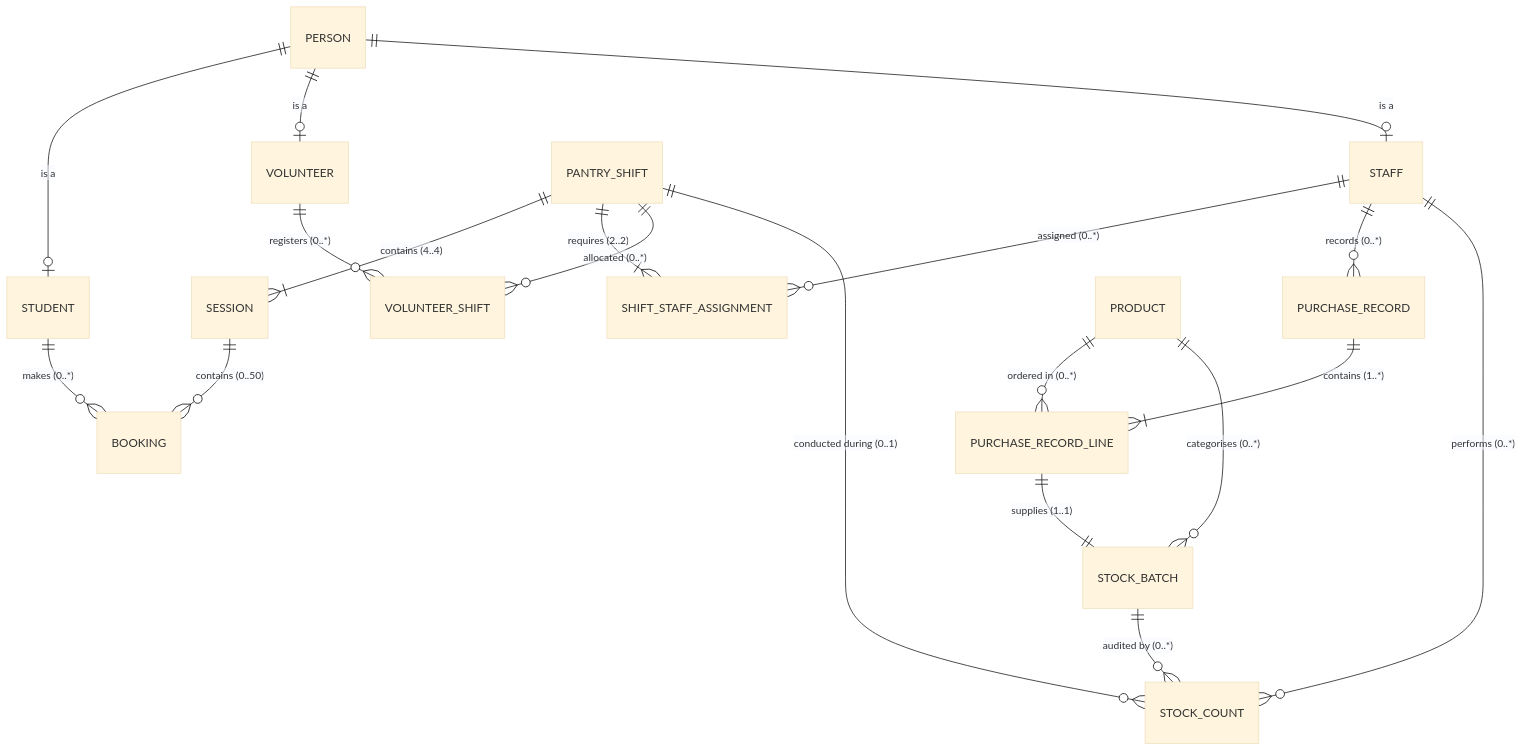
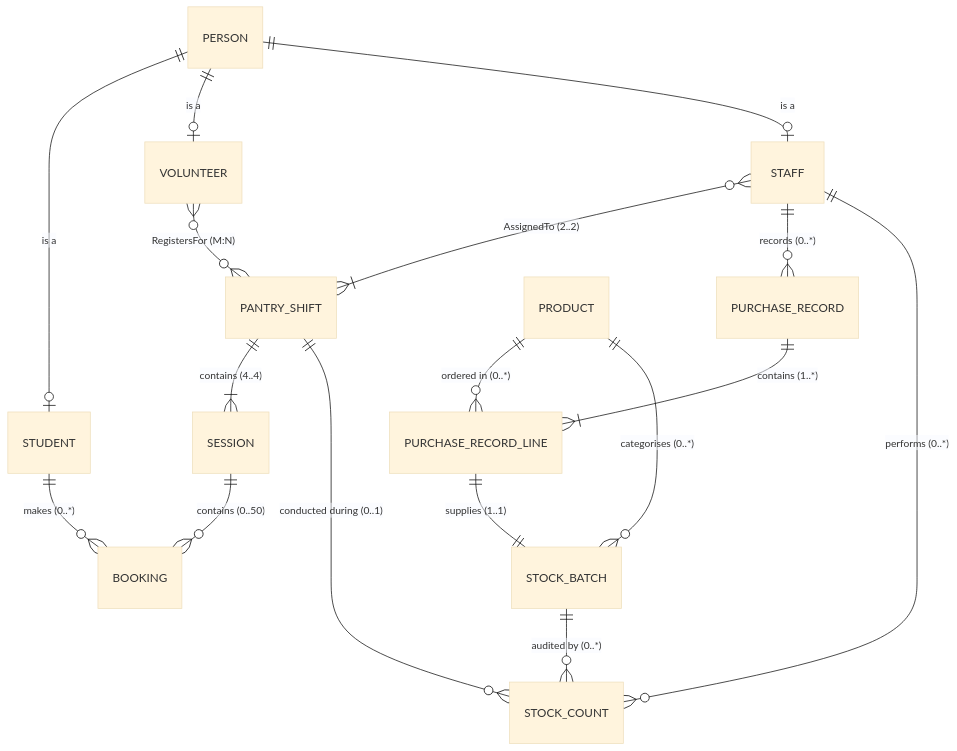
The diagram in campus_pantry_report.md (illusion2600/Project), drawn with Mermaid (base theme) before and after one commit. The commit also changed other lines of this file and 18 other files, not shown here.

````diff
--- a/campus_pantry_report.md
+++ b/campus_pantry_report.md
@@ -65,27 +65,24 @@
 ```mermaid
 erDiagram
     PERSON ||--o| STUDENT : "is a"
     PERSON ||--o| VOLUNTEER : "is a"
     PERSON ||--o| STAFF : "is a"
     
     STUDENT ||--o{ BOOKING : "makes (0..*)"
     SESSION ||--o{ BOOKING : "contains (0..50)"
     PANTRY_SHIFT ||--|{ SESSION : "contains (4..4)"
     
-    STAFF ||--o{ SHIFT_STAFF_ASSIGNMENT : "assigned (0..*)"
-    PANTRY_SHIFT ||--|{ SHIFT_STAFF_ASSIGNMENT : "requires (2..2)"
-    
-    VOLUNTEER ||--o{ VOLUNTEER_SHIFT : "registers (0..*)"
-    PANTRY_SHIFT ||--o{ VOLUNTEER_SHIFT : "allocated (0..*)"
+    STAFF }o--|{ PANTRY_SHIFT : "AssignedTo (2..2)"
+    VOLUNTEER }o--o{ PANTRY_SHIFT : "RegistersFor (M:N)"
     
     STAFF ||--o{ PURCHASE_RECORD : "records (0..*)"
     PURCHASE_RECORD ||--|{ PURCHASE_RECORD_LINE : "contains (1..*)"
     PRODUCT ||--o{ PURCHASE_RECORD_LINE : "ordered in (0..*)"
     
     PRODUCT ||--o{ STOCK_BATCH : "categorises (0..*)"
     PURCHASE_RECORD_LINE ||--|| STOCK_BATCH : "supplies (1..1)"
     
     STOCK_BATCH ||--o{ STOCK_COUNT : "audited by (0..*)"
     STAFF ||--o{ STOCK_COUNT : "performs (0..*)"
     PANTRY_SHIFT ||--o{ STOCK_COUNT : "conducted during (0..1)"
 ```
````
